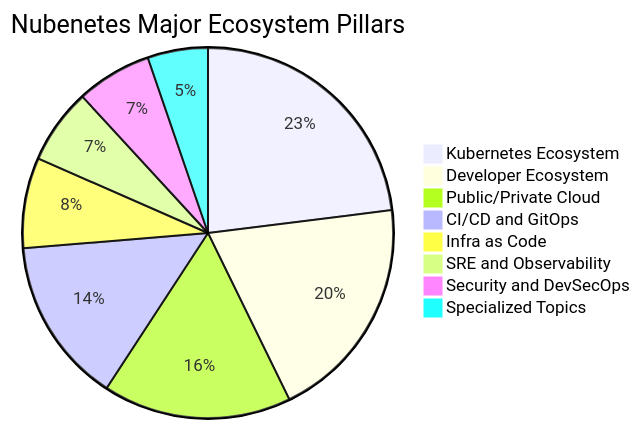
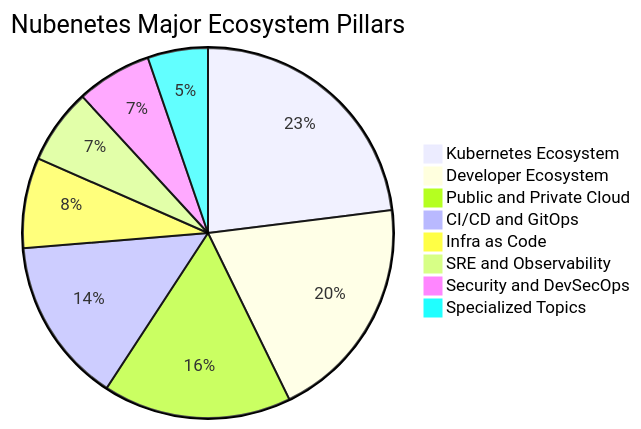
The first of 10 diagrams in README.md (nubenetes/awesome-kubernetes), drawn with Mermaid before and after one commit. The commit also changed other lines of this file, not shown here.

Commit message:
docs: fix Mermaid diagram text truncation and comply with Mandate 30

````diff
--- a/README.md
+++ b/README.md
@@ -185,11 +185,11 @@
 ```mermaid
 pie title Nubenetes Major Ecosystem Pillars
     "Kubernetes Ecosystem" : 3500
     "Developer Ecosystem" : 3000
-    "Public/Private Cloud" : 2500
+    "Public and Private Cloud" : 2500
     "CI/CD and GitOps" : 2200
     "Infra as Code" : 1200
     "SRE and Observability" : 1000
     "Security and DevSecOps" : 1000
     "Specialized Topics" : 800
 ```
````
